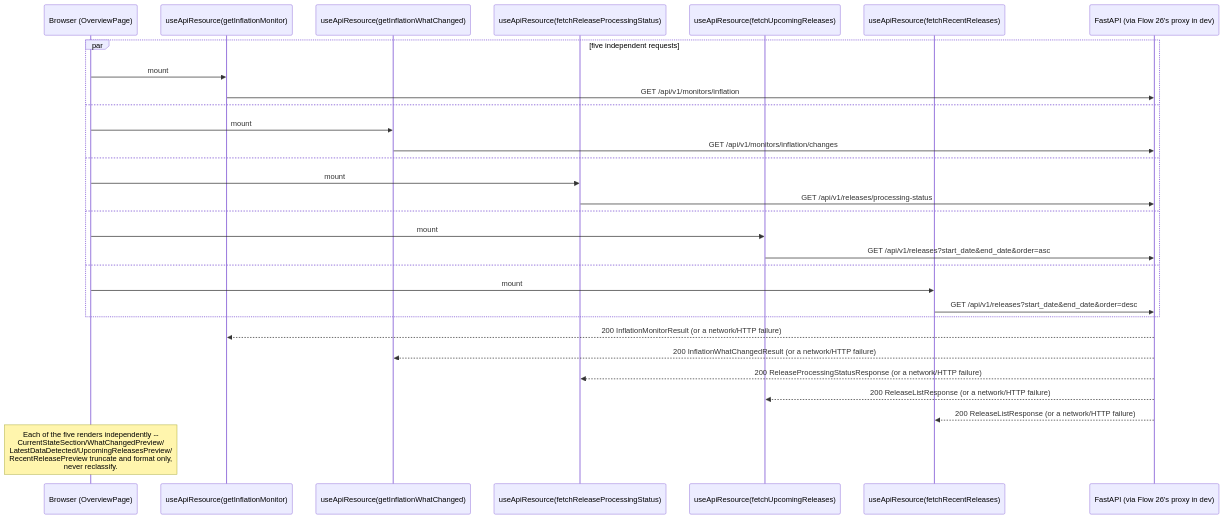
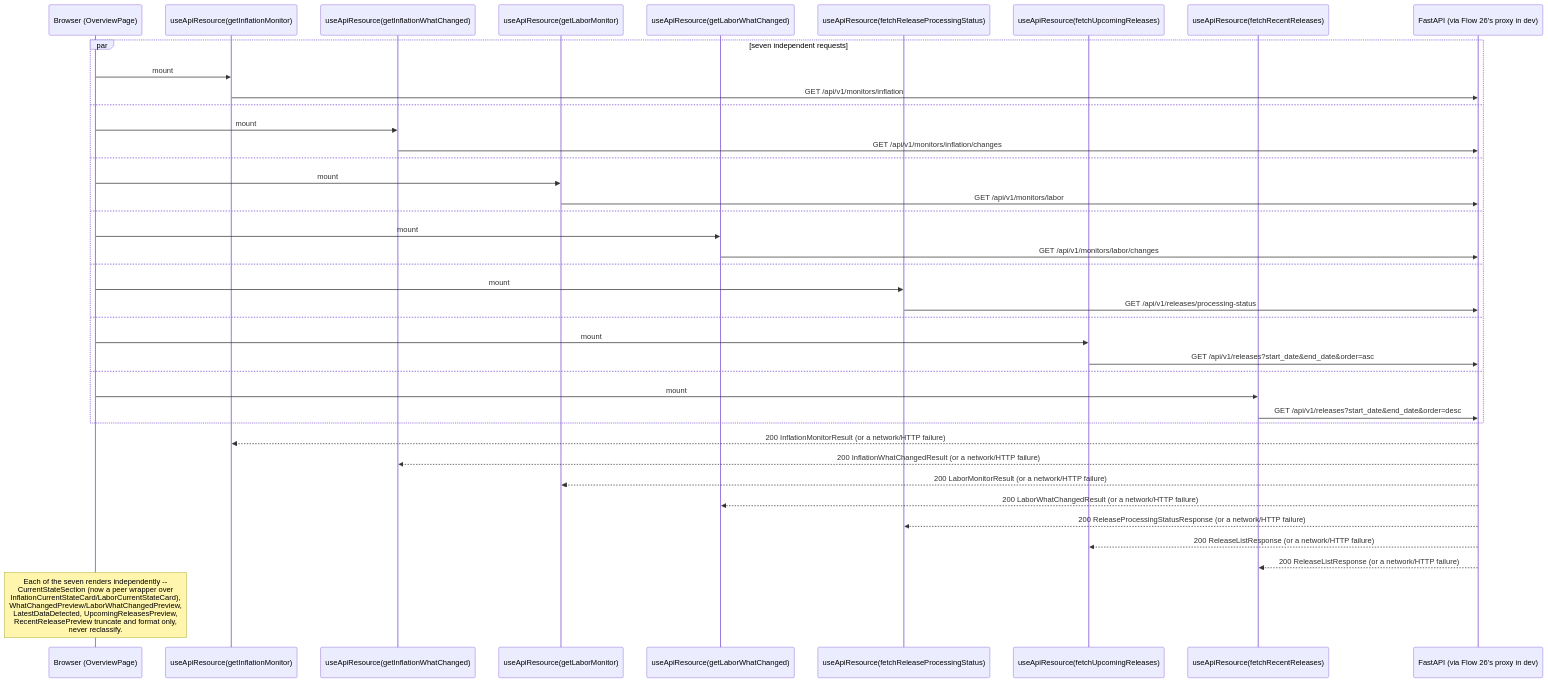
One commit to JerrodMcHenry/economic-intelligence changed diagram 35 of 39 in docs/architecture/request-flows.md. Above: the diagram before and after it, drawn with Mermaid. The commit also changed other lines of this file and 43 other files, not shown here.

````diff
--- a/docs/architecture/request-flows.md
+++ b/docs/architecture/request-flows.md
@@ -1536,33 +1538,43 @@
 ```mermaid
 sequenceDiagram
     participant B as Browser (OverviewPage)
     participant H1 as useApiResource(getInflationMonitor)
     participant H2 as useApiResource(getInflationWhatChanged)
+    participant H6 as useApiResource(getLaborMonitor)
+    participant H7 as useApiResource(getLaborWhatChanged)
     participant H5 as useApiResource(fetchReleaseProcessingStatus)
     participant H3 as useApiResource(fetchUpcomingReleases)
     participant H4 as useApiResource(fetchRecentReleases)
     participant API as FastAPI (via Flow 26's proxy in dev)
 
-    par five independent requests
+    par seven independent requests
         B->>H1: mount
         H1->>API: GET /api/v1/monitors/inflation
     and
         B->>H2: mount
         H2->>API: GET /api/v1/monitors/inflation/changes
+    and
+        B->>H6: mount
+        H6->>API: GET /api/v1/monitors/labor
+    and
+        B->>H7: mount
+        H7->>API: GET /api/v1/monitors/labor/changes
     and
         B->>H5: mount
         H5->>API: GET /api/v1/releases/processing-status
     and
         B->>H3: mount
         H3->>API: GET /api/v1/releases?start_date&end_date&order=asc
     and
         B->>H4: mount
         H4->>API: GET /api/v1/releases?start_date&end_date&order=desc
     end
     API-->>H1: 200 InflationMonitorResult (or a network/HTTP failure)
     API-->>H2: 200 InflationWhatChangedResult (or a network/HTTP failure)
+    API-->>H6: 200 LaborMonitorResult (or a network/HTTP failure)
+    API-->>H7: 200 LaborWhatChangedResult (or a network/HTTP failure)
     API-->>H5: 200 ReleaseProcessingStatusResponse (or a network/HTTP failure)
     API-->>H3: 200 ReleaseListResponse (or a network/HTTP failure)
     API-->>H4: 200 ReleaseListResponse (or a network/HTTP failure)
-    Note over B: Each of the five renders independently --<br/>CurrentStateSection/WhatChangedPreview/<br/>LatestDataDetected/UpcomingReleasesPreview/<br/>RecentReleasePreview truncate and format only,<br/>never reclassify.
+    Note over B: Each of the seven renders independently --<br/>CurrentStateSection (now a peer wrapper over<br/>InflationCurrentStateCard/LaborCurrentStateCard),<br/>WhatChangedPreview/LaborWhatChangedPreview,<br/>LatestDataDetected, UpcomingReleasesPreview,<br/>RecentReleasePreview truncate and format only,<br/>never reclassify.
 ```
````
